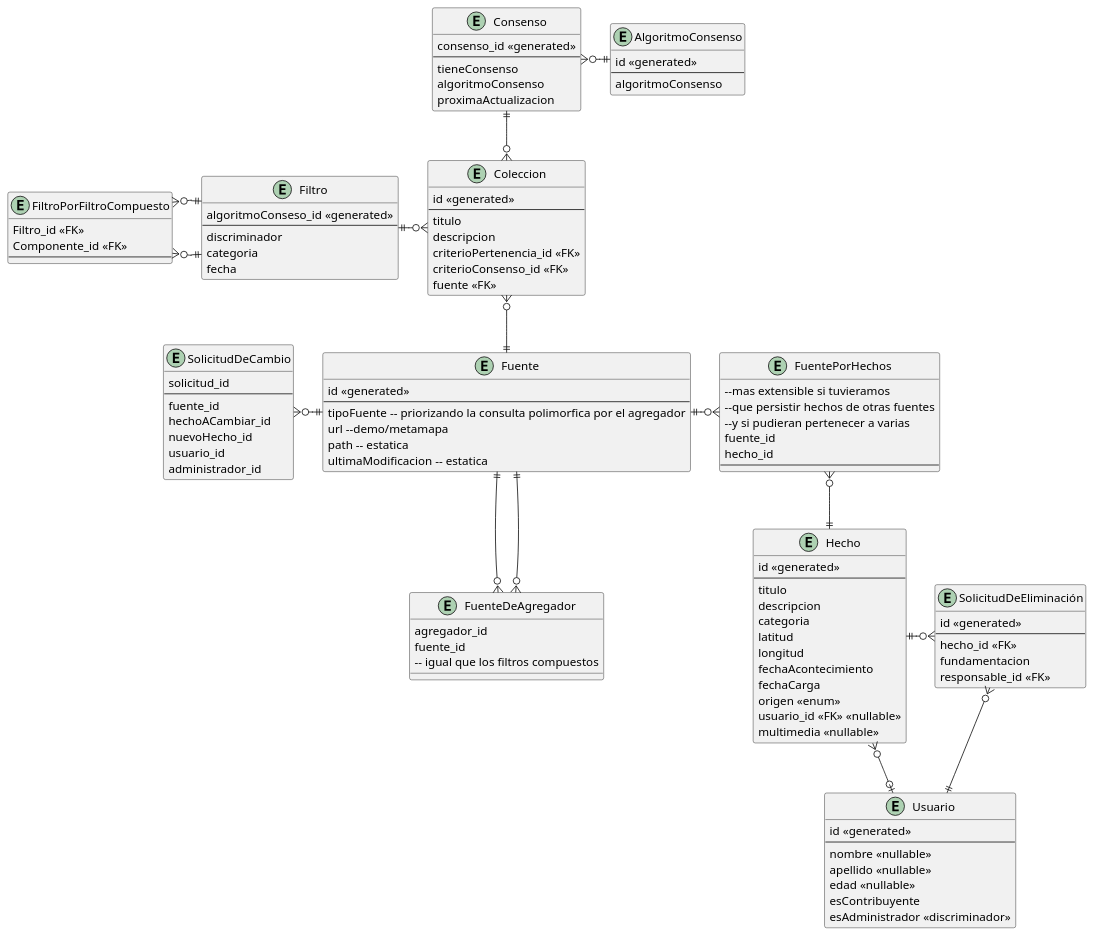
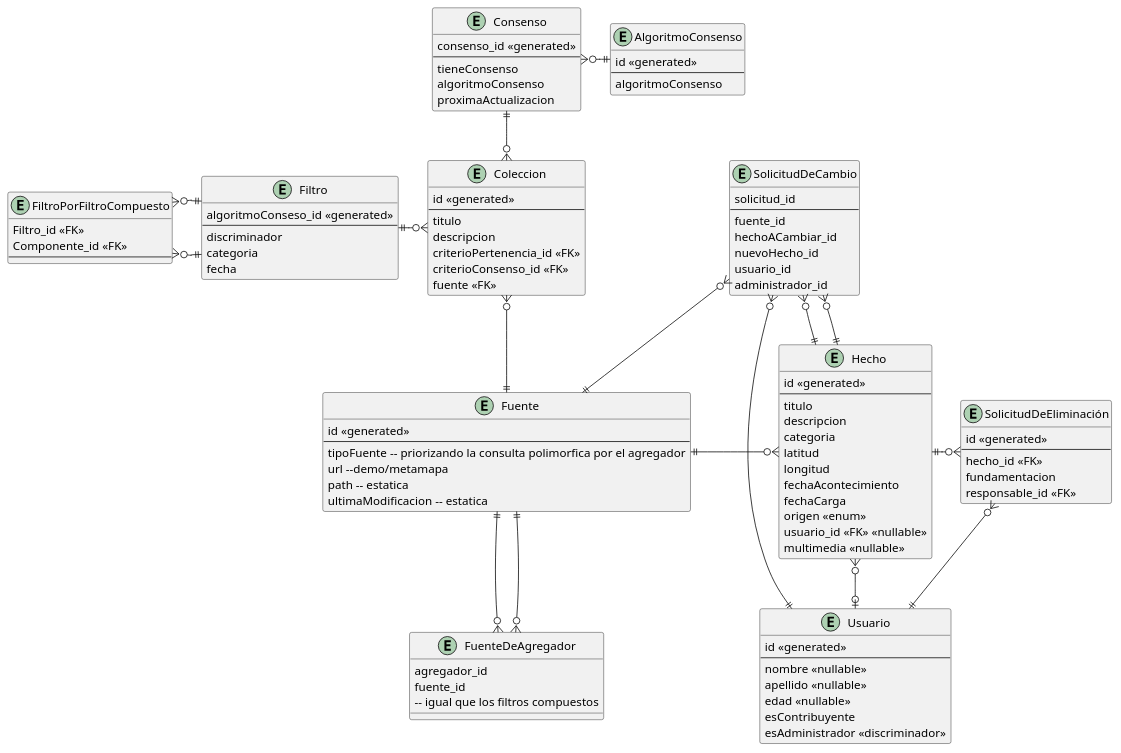
Before and after one commit to lrizzitano/Metamapa: the diagram in diagramas/diagrama-relacional.puml, drawn with PlantUML. The commit also changed 7 other files, not shown here.

```diff
--- a/diagramas/diagrama-relacional.puml
+++ b/diagramas/diagrama-relacional.puml
@@ -1,130 +1,124 @@
 @startuml
 
 ' Single Table Usuario - Administrador
 entity Usuario {
     id <<generated>>
     --
     nombre <<nullable>>
     apellido <<nullable>>
     edad <<nullable>>
     esContribuyente
     esAdministrador <<discriminador>>
 }
 
 entity SolicitudDeEliminación {
     id <<generated>>
     --
     hecho_id <<FK>>
     fundamentacion
     responsable_id <<FK>>
 }
 
 entity Hecho {
     id <<generated>>
     --
     titulo
     descripcion
     categoria
     latitud
     longitud
     fechaAcontecimiento
     fechaCarga
     origen <<enum>>
     'Cambiar el nombre para diferenciarlo del de la clase??
     usuario_id <<FK>> <<nullable>>
     multimedia <<nullable>>
 }
 
 entity Coleccion {
     id <<generated>>
     --
     titulo
     descripcion
     criterioPertenencia_id <<FK>>
     criterioConsenso_id <<FK>>
     fuente <<FK>>
 }
 
 entity Consenso {
     consenso_id <<generated>>
     --
     tieneConsenso
     algoritmoConsenso
     proximaActualizacion
 }
 
 entity AlgoritmoConsenso {
     id <<generated>>
     --
     algoritmoConsenso
 }
 
 entity Filtro {
     algoritmoConseso_id <<generated>>
     --
     discriminador
     categoria
     fecha
 }
 
 entity FiltroPorFiltroCompuesto {
     Filtro_id <<FK>>
     Componente_id <<FK>>
     --
 }
 
 entity Fuente {
     id <<generated>>
     --
     tipoFuente -- priorizando la consulta polimorfica por el agregador
     url --demo/metamapa
     path -- estatica
     ultimaModificacion -- estatica
 }
 
 entity FuenteDeAgregador {
     agregador_id
     fuente_id
     -- igual que los filtros compuestos
 }
 
 entity SolicitudDeCambio {
     solicitud_id
     --
     fuente_id
     hechoACambiar_id
     nuevoHecho_id
     usuario_id
     administrador_id
 }
 
-entity FuentePorHechos {
-    --mas extensible si tuvieramos
-    --que persistir hechos de otras fuentes
-    --y si pudieran pertenecer a varias
-    fuente_id
-    hecho_id
-    --
-}
-
 SolicitudDeEliminación }o-left-|| Hecho
 SolicitudDeEliminación }o--|| Usuario
 Hecho }o--o| Usuario
 
 Coleccion }o-up-|| Consenso
 Coleccion }o-l-|| Filtro
 
 Fuente ||--o{ FuenteDeAgregador
 FuenteDeAgregador }o--|| Fuente
-Fuente ||-right-o{FuentePorHechos
-FuentePorHechos}o--|| Hecho
+Fuente ||-right-o{Hecho
 Fuente ||-left-o{ SolicitudDeCambio
 
 Filtro ||-l-o{ FiltroPorFiltroCompuesto
 Filtro ||--o{ FiltroPorFiltroCompuesto
 
 Consenso }o-right-|| AlgoritmoConsenso
 
 Coleccion }o--|| Fuente
 
+SolicitudDeCambio }o--||Hecho
+SolicitudDeCambio }o--||Hecho
+SolicitudDeCambio }o--||Usuario
+
 @enduml
```
